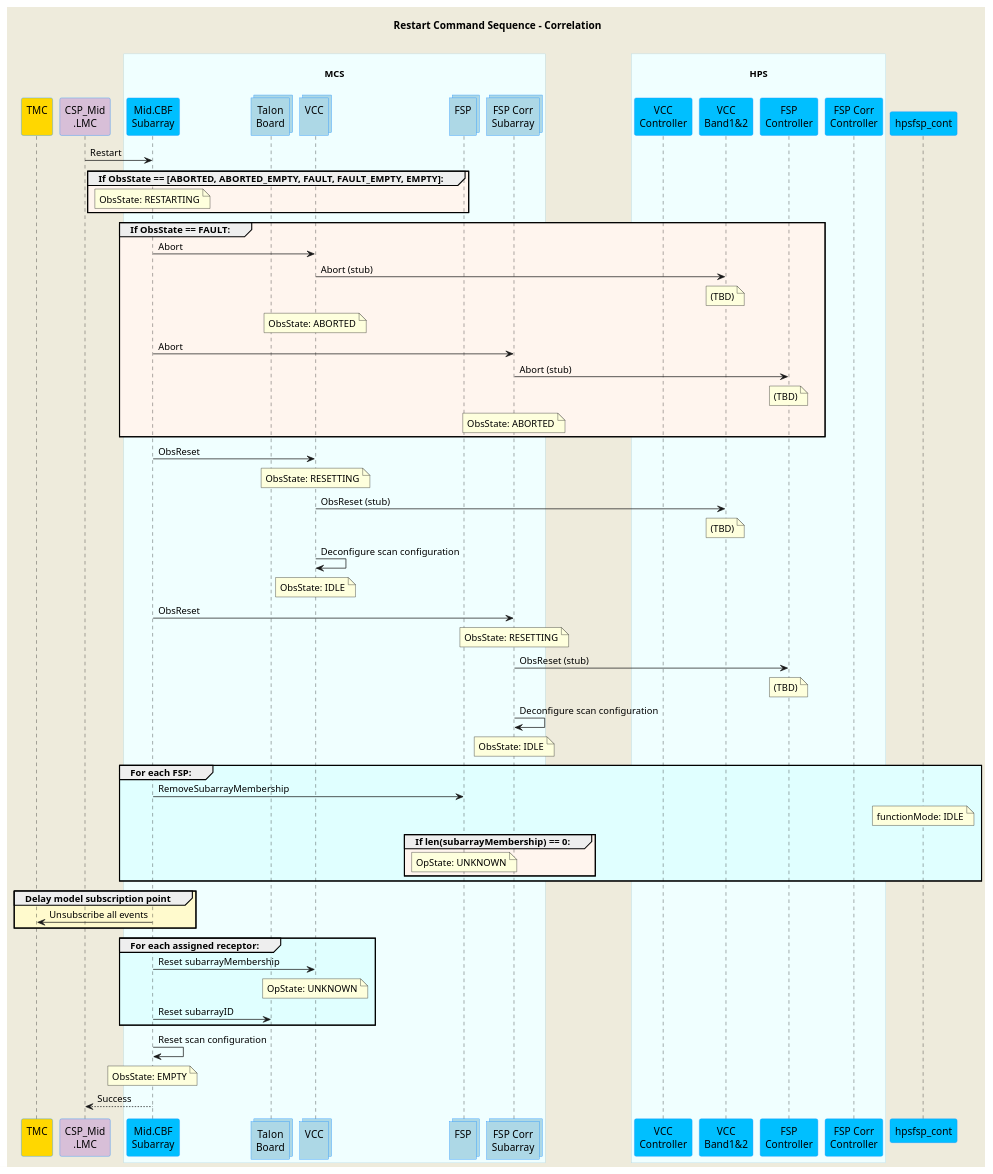
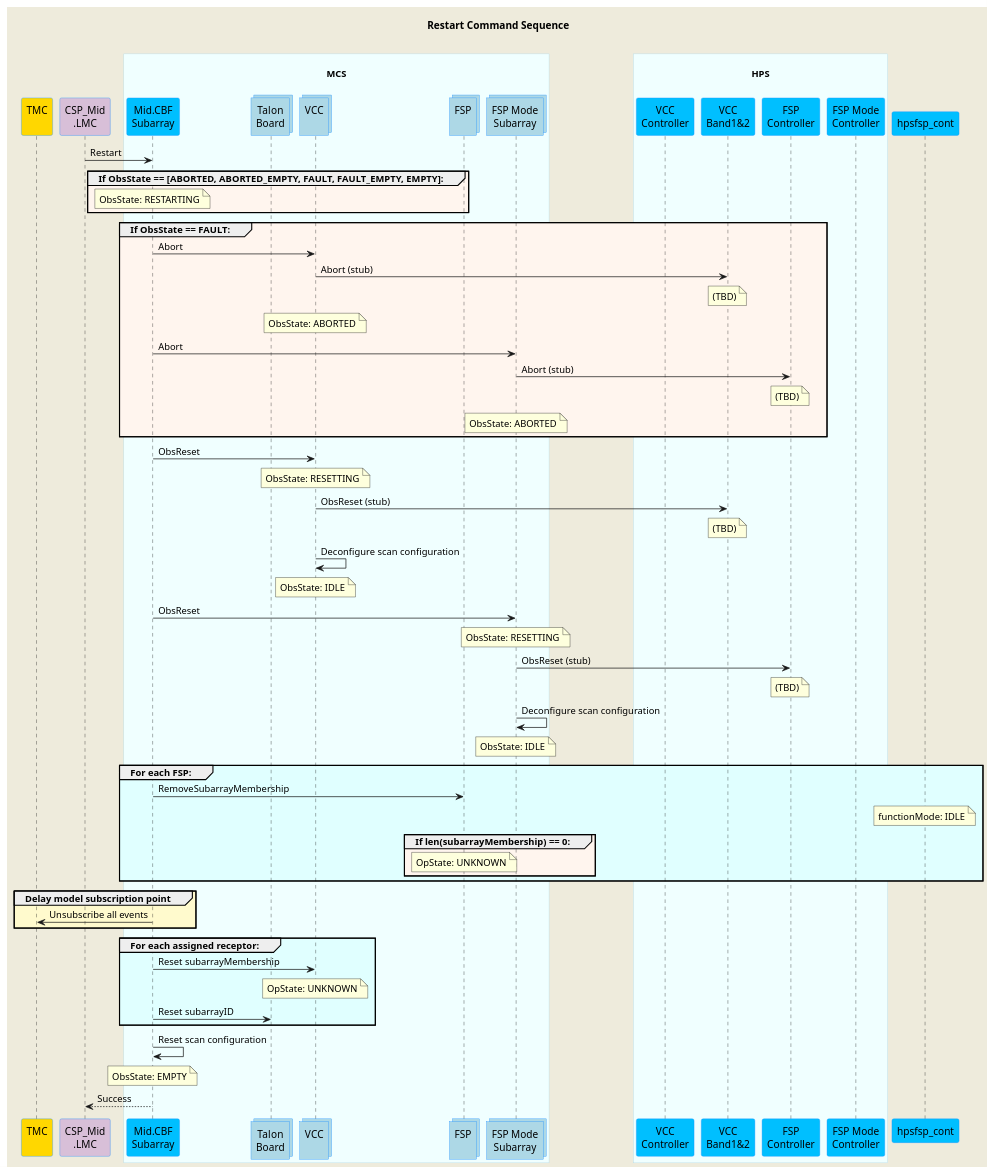
The diagram in docs/src/diagrams/restart-command.puml (ska-telescope/mid-cbf-mcs), drawn with PlantUML before and after one commit. The commit also changed 4 other files, not shown here.

```diff
--- a/docs/src/diagrams/restart-command.puml
+++ b/docs/src/diagrams/restart-command.puml
@@ -1,96 +1,96 @@
 @startuml
 'https://plantuml.com/sequence-diagram
 
 skinparam backgroundColor #EEEBDC
 skinparam sequence {
   ParticipantBorderColor DodgerBlue
   ParticipantBackgroundColor DeepSkyBlue
   ActorBorderColor DarkGreen
   ActorBackgroundColor Green
   BoxBorderColor LightBlue
   BoxBackgroundColor #F0FFFF
 }
 skinparam collections {
   BackGroundColor LightBlue
   BorderColor DodgerBlue
 }
 skinparam database {
   BackgroundColor LightGreen
   BorderColor DarkGreen
 }
 
-title Restart Command Sequence - Correlation\n
+title Restart Command Sequence\n
 
 participant "TMC\n" as tmc #Gold
 participant "CSP_Mid\n.LMC" as lmc #Thistle
 box "\nMCS\n"
   participant "Mid.CBF\nSubarray" as subarray
   collections "Talon\nBoard" as talonboard
   collections "VCC\n" as vcc
   collections "FSP\n" as fsp
-  collections "FSP Corr\nSubarray" as fspsubarray
+  collections "FSP Mode\nSubarray" as fspsubarray
   
 end box
 box "\nHPS\n"
   participant "VCC\nController" as hpsvcc
   participant "VCC\nBand1&2" as hpsvccband
   participant "FSP\nController" as hpsfsp
-  participant "FSP Corr\nController" as hpsfsp_corr
+  participant "FSP Mode\nController" as hpsfsp_mode
 end box
 
 lmc         ->  subarray      : Restart
 
 group #SeaShell If ObsState == [ABORTED, ABORTED_EMPTY, FAULT, FAULT_EMPTY, EMPTY]:
   note over subarray           : ObsState: RESTARTING
 end group
 
 group #SeaShell If ObsState == FAULT:
   subarray    ->  vcc           : Abort
   vcc         ->  hpsvccband    : Abort (stub)
   note over hpsvccband          : (TBD)
   note over vcc                 : ObsState: ABORTED
   subarray    ->  fspsubarray   : Abort
   fspsubarray ->  hpsfsp        : Abort (stub)
   note over hpsfsp              : (TBD)
   note over fspsubarray         : ObsState: ABORTED
 end group
 
 subarray    ->  vcc           : ObsReset
 note over vcc                 : ObsState: RESETTING
 vcc         ->  hpsvccband    : ObsReset (stub)
 note over hpsvccband          : (TBD)
 vcc         ->  vcc           : Deconfigure scan configuration 
 note over vcc                 : ObsState: IDLE
 
 subarray    ->  fspsubarray   : ObsReset
 note over fspsubarray         : ObsState: RESETTING
 fspsubarray ->  hpsfsp        : ObsReset (stub)
 note over hpsfsp              : (TBD)
 fspsubarray ->  fspsubarray   : Deconfigure scan configuration
 note over fspsubarray         : ObsState: IDLE
 
 group #LightCyan For each FSP:
     subarray    -> fsp        : RemoveSubarrayMembership
     note over hpsfsp_cont     : functionMode: IDLE
     group #SeaShell If len(subarrayMembership) == 0:
       note over fsp           : OpState: UNKNOWN
     end group
 end group
 
 group #LemonChiffon Delay model subscription point
     subarray    -> tmc        : Unsubscribe all events
 end group
 
 group #LightCyan For each assigned receptor:
   subarray    ->  vcc         : Reset subarrayMembership
   note over vcc               : OpState: UNKNOWN
   subarray    ->  talonboard  : Reset subarrayID
 end group
 
 subarray      -> subarray     : Reset scan configuration
 
 note over subarray            : ObsState: EMPTY
 lmc         <--  subarray     : Success
 
 
 @enduml
```
